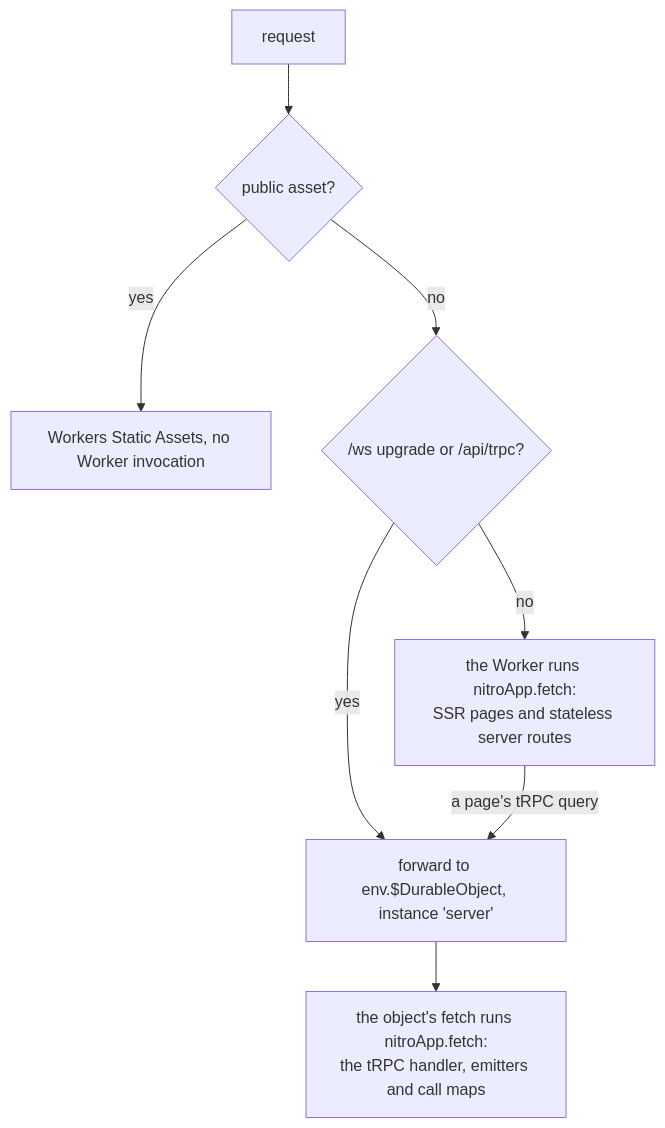
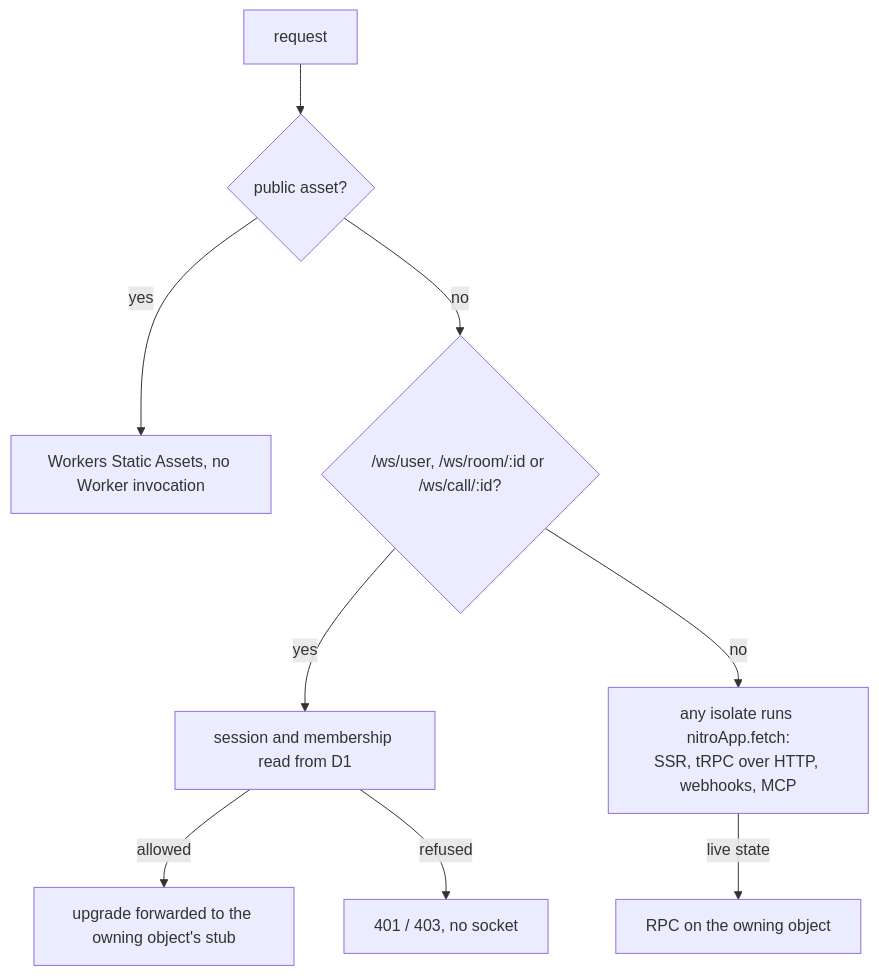
The diagram in openspec/changes/infra-cloudflare-runtime/design.md (Esposter/Esposter), drawn with Mermaid before and after one commit. The commit also changed other lines of this file and 8 other files, not shown here.

First line of the commit message:
docs(realtime): one Durable Object per room, call and person, typed events over hibernating sockets, per-room integer message ids and UUIDv7 everywhere else

````diff
--- a/openspec/changes/infra-cloudflare-runtime/design.md
+++ b/openspec/changes/infra-cloudflare-runtime/design.md
@@ -7,10 +7,11 @@
 ```mermaid
 flowchart TD
   REQ["request"] --> A{"public asset?"}
   A -->|"yes"| SA["Workers Static Assets, no Worker invocation"]
-  A -->|"no"| U{"/ws upgrade or /api/trpc?"}
-  U -->|"yes"| FWD["forward to env.$DurableObject, instance 'server'"]
-  FWD --> DO["the object's fetch runs nitroApp.fetch:<br/>the tRPC handler, emitters and call maps"]
-  U -->|"no"| SSR["the Worker runs nitroApp.fetch:<br/>SSR pages and stateless server routes"]
-  SSR -->|"a page's tRPC query"| FWD
+  A -->|"no"| U{"/ws/user, /ws/room/:id or /ws/call/:id?"}
+  U -->|"yes"| AUTH["session and membership read from D1"]
+  AUTH -->|"allowed"| OBJ["upgrade forwarded to the owning object's stub"]
+  AUTH -->|"refused"| R401["401 / 403, no socket"]
+  U -->|"no"| SSR["any isolate runs nitroApp.fetch:<br/>SSR, tRPC over HTTP, webhooks, MCP"]
+  SSR -->|"live state"| RPC["RPC on the owning object"]
 ```
````
